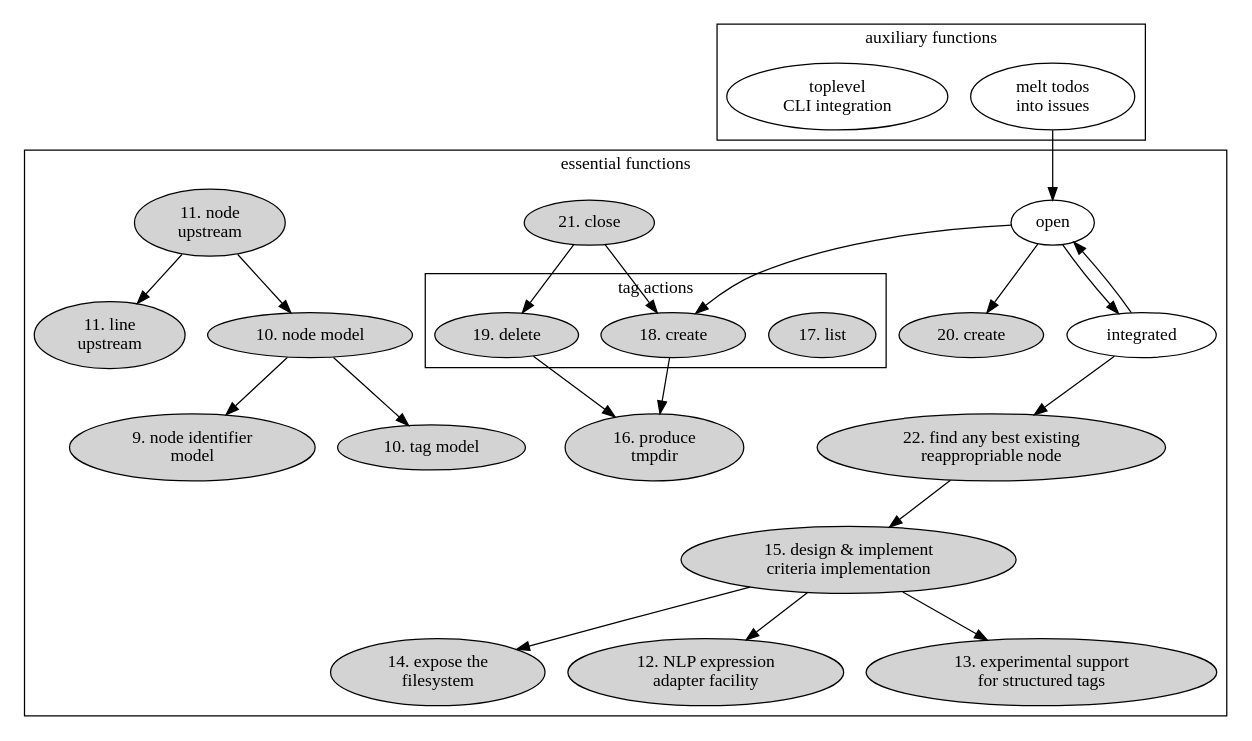
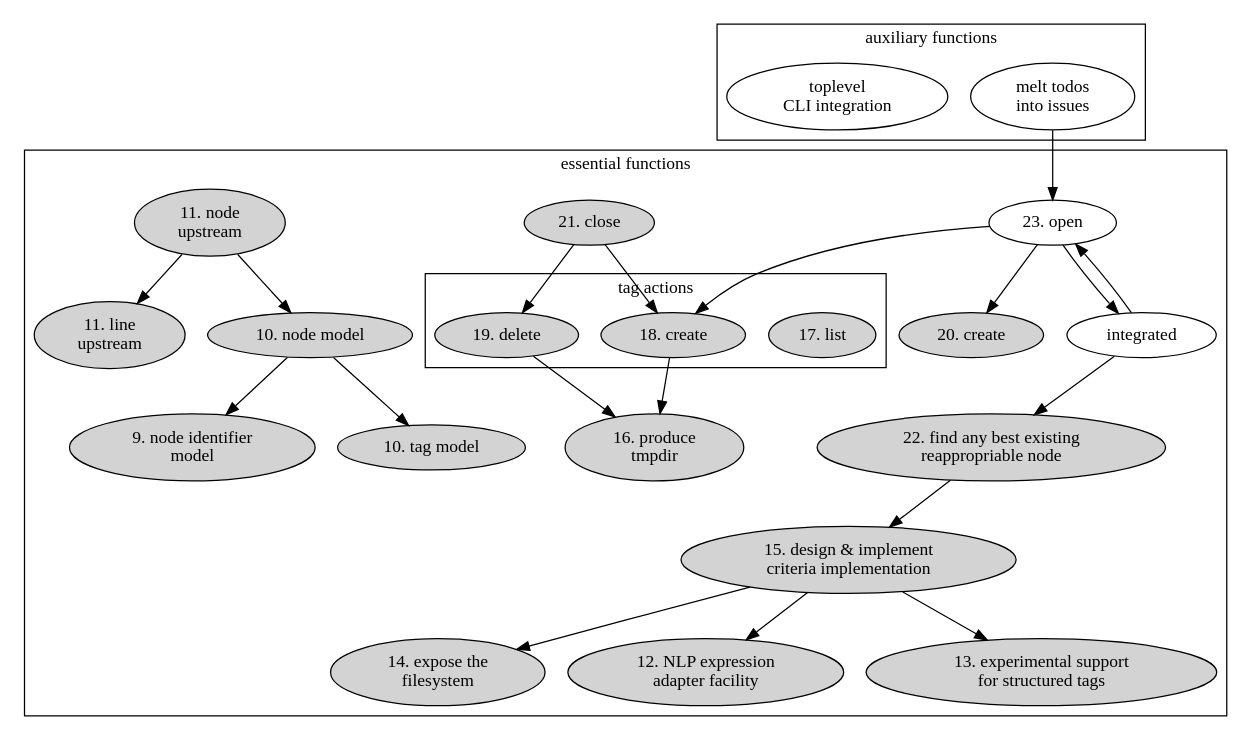
The diagram in lib/skylab/snag/doc/issues/038/component-digraph.dot (hipe/tmx), drawn with Graphviz before and after one commit. The commit also changed 45 other files, not shown here.

```diff
--- a/lib/skylab/snag/doc/issues/038/component-digraph.dot
+++ b/lib/skylab/snag/doc/issues/038/component-digraph.dot
@@ -1,65 +1,65 @@
 digraph {
 
 subgraph cluster_main {
 
   label="essential functions"
 
   subgraph cluster_tag_actions {
     label="tag actions"
     tl [label="17. list" style=filled]
     ta [label="18. create" style=filled]
     tr [label="19. delete" style=filled]
   }
 
-  aa [label="open" ]
+  aa [label="23. open" ]
   ca [label="21. close" style=filled]
   de [label="15. design & implement\ncriteria implementation" style=filled]
   FS [label="14. expose the\nfilesystem" style=filled]
   line_upstream [label="11. line\nupstream" style=filled]
   NLP_experiment [label="12. NLP expression\nadapter facility" style=filled]
   node_identifier_model [label="9. node identifier\nmodel" style=filled]
   node_model [label="10. node model" style=filled]
   node_upstream [label="11. node\nupstream" style=filled]
   oaa [label="20. create" style=filled]
   rea [label="integrated" ]
   rea_actor [label="22. find any best existing\nreappropriable node", style=filled]
   stru [label="13. experimental support\nfor structured tags" style=filled]
   tag_model [label="10. tag model" style=filled]
   tmpdir [label="16. produce\ntmpdir" style=filled]
 
   aa->rea
   aa->ta
 
   ca->tr
   ca->ta
 
   rea->aa
   aa->oaa
   rea->rea_actor
 
   rea_actor->de
   de->NLP_experiment
   de->FS
   de->stru
 
   node_upstream -> line_upstream
   node_upstream -> node_model
 
   node_model -> node_identifier_model
   node_model -> tag_model
 
   tr->tmpdir
   ta->tmpdir
 
 }
 
 
 subgraph cluster_after {
 
   label="auxiliary functions"
   melt [label="melt todos\ninto issues"]
   top_cli [label="toplevel\nCLI integration"]
 }
 
 melt->aa
 }
```
